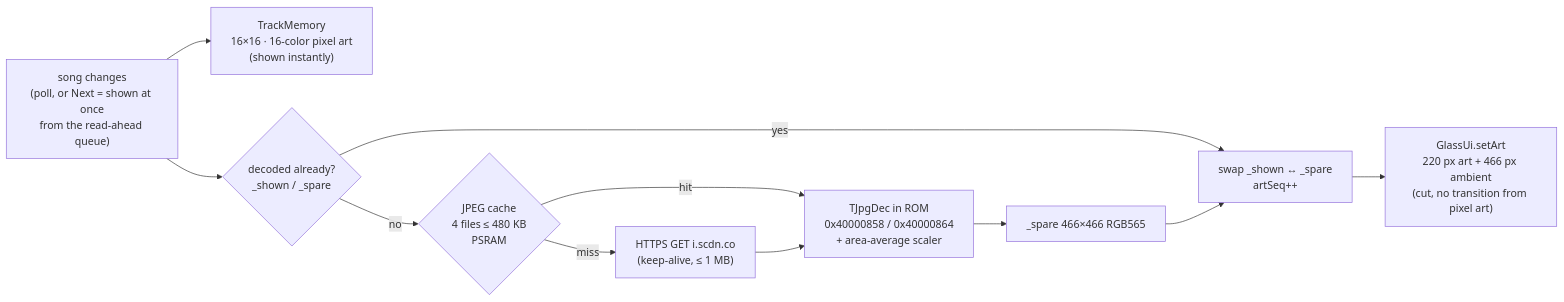
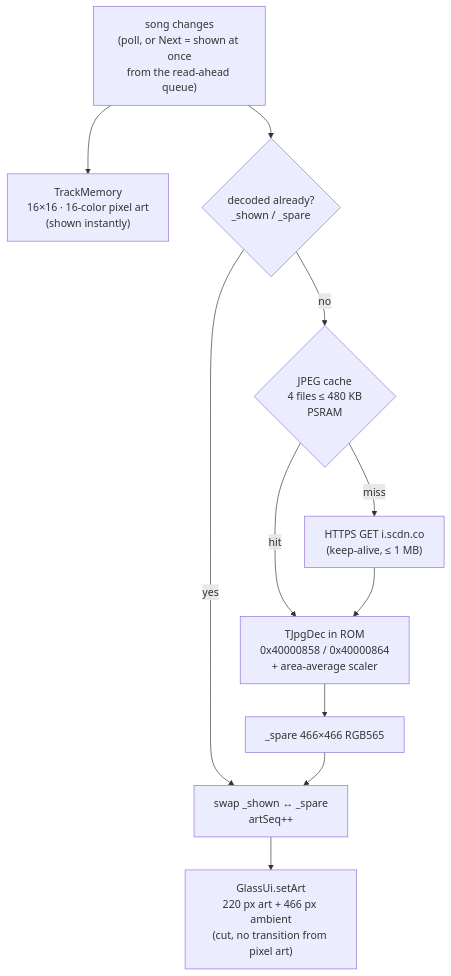
The third of 6 diagrams in docs/ARCHITECTURE.md (aigamoid/pulsedial), drawn with Mermaid before and after one commit. The commit also changed other lines of this file and 3 other files, not shown here.

First line of the commit message:
Remove upstream CI workflows; PulseDial issue template; vertical layout for wide diagrams

````diff
--- a/docs/ARCHITECTURE.md
+++ b/docs/ARCHITECTURE.md
@@ -68,20 +68,20 @@
 ```mermaid
-flowchart LR
+flowchart TB
     T["song changes<br/>(poll, or Next = shown at once<br/>from the read-ahead queue)"]
     PIX["TrackMemory<br/>16×16 · 16-color pixel art<br/>(shown instantly)"]
     C{"decoded already?<br/>_shown / _spare"}
     J{"JPEG cache<br/>4 files ≤ 480 KB<br/>PSRAM"}
     H["HTTPS GET i.scdn.co<br/>(keep-alive, ≤ 1 MB)"]
     D["TJpgDec in ROM<br/>0x40000858 / 0x40000864<br/>+ area-average scaler"]
     S["_spare 466×466 RGB565"]
     W["swap _shown ↔ _spare<br/>artSeq++"]
     UI["GlassUi.setArt<br/>220 px art + 466 px ambient<br/>(cut, no transition from pixel art)"]
 
     T --> PIX
     T --> C
     C -- yes --> W
     C -- no --> J
     J -- hit --> D
     J -- miss --> H --> D
     D --> S --> W --> UI
 ```
````
